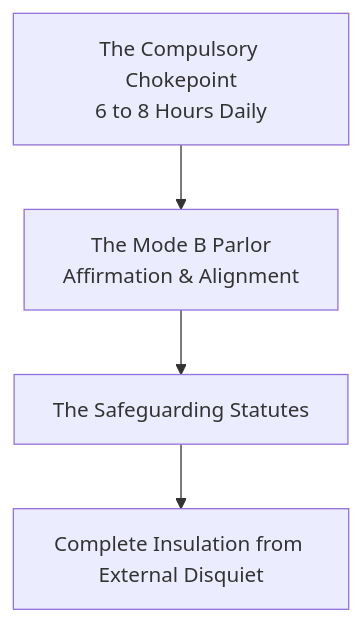
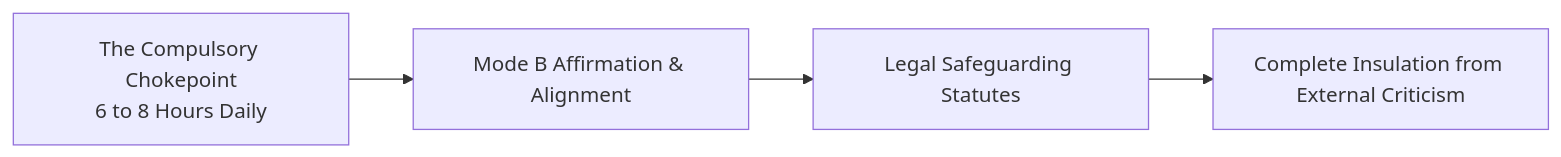
Before and after one commit to maldfrey/whitepapers: the first of 6 diagrams in papers/law-and-miseducation.md, drawn with Mermaid. The commit also changed other lines of this file, not shown here.

````diff
--- a/papers/law-and-miseducation.md
+++ b/papers/law-and-miseducation.md
@@ -34,6 +34,6 @@
 ```mermaid
-graph TD
-    A[The Compulsory Chokepoint<br>6 to 8 Hours Daily] --> B[The Mode B Parlor<br>Affirmation & Alignment]
-    B --> C[The Safeguarding Statutes]
-    C --> D[Complete Insulation from External Disquiet]
+graph LR
+    A[The Compulsory Chokepoint<br>6 to 8 Hours Daily] --> B[Mode B Affirmation & Alignment]
+    B --> C[Legal Safeguarding Statutes]
+    C --> D[Complete Insulation from External Criticism]
 ```
````
